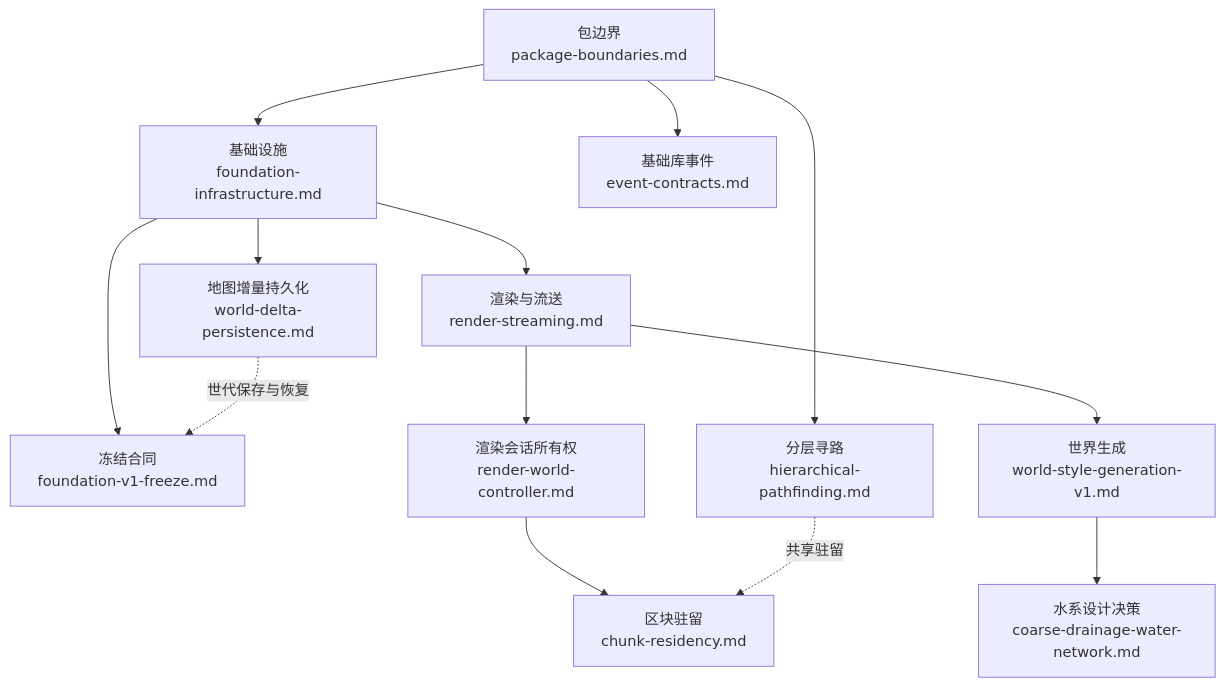
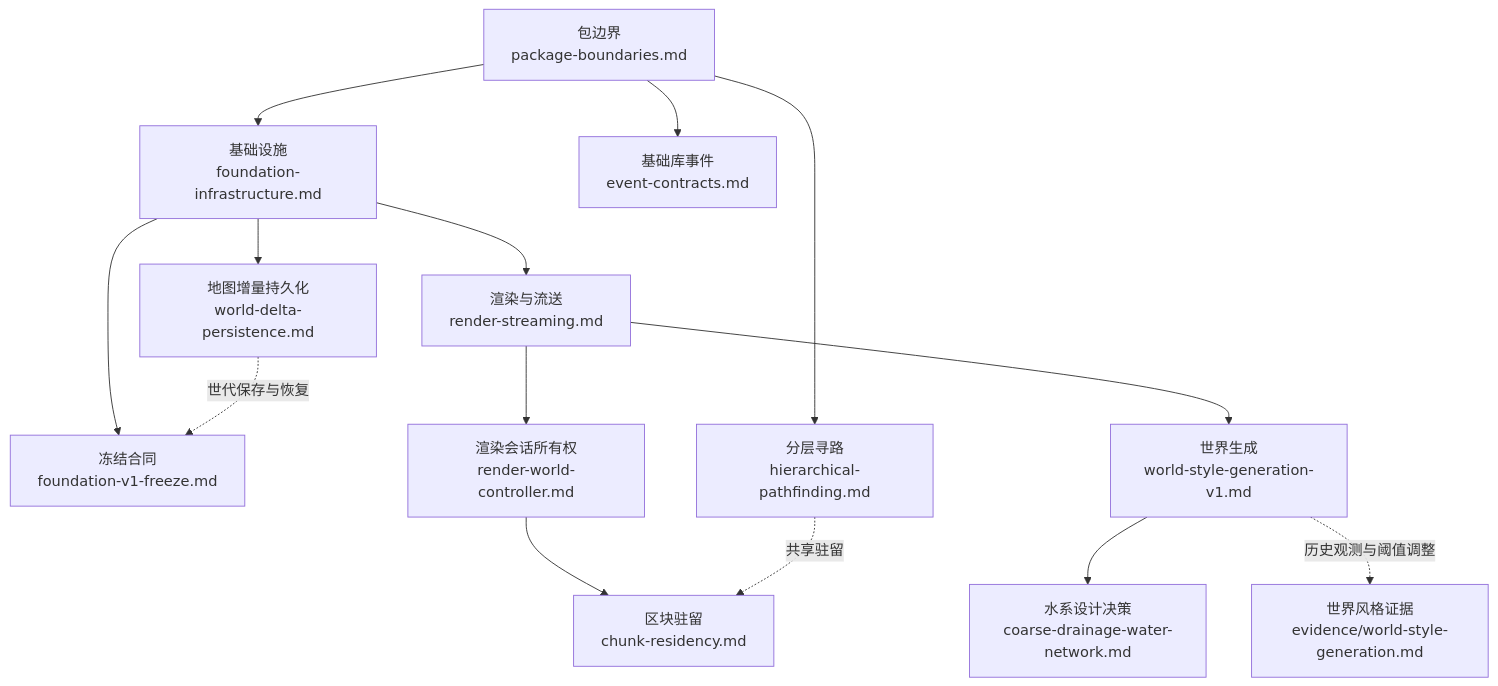
Before and after one commit to lanyik/lanyik: the third of 3 diagrams in docs/README.md, drawn with Mermaid. The commit also changed other lines of this file and 12 other files, not shown here.

Commit message:
docs: consolidate design ownership and separate world-style evidence

````diff
--- a/docs/README.md
+++ b/docs/README.md
@@ -166,15 +170,16 @@
 ```mermaid
 flowchart TB
     pkg["包边界<br/>package-boundaries.md"] --> infra["基础设施<br/>foundation-infrastructure.md"]
     infra --> freeze["冻结合同<br/>foundation-v1-freeze.md"]
     infra --> stream["渲染与流送<br/>render-streaming.md"]
     stream --> owner["渲染会话所有权<br/>render-world-controller.md"]
     owner --> resident["区块驻留<br/>chunk-residency.md"]
     stream --> world["世界生成<br/>world-style-generation-v1.md"]
     world --> water["水系设计决策<br/>coarse-drainage-water-network.md"]
+    world -. 历史观测与阈值调整 .-> measurements["世界风格证据<br/>evidence/world-style-generation.md"]
     infra --> delta["地图增量持久化<br/>world-delta-persistence.md"]
     pkg --> events["基础库事件<br/>event-contracts.md"]
     pkg --> path["分层寻路<br/>hierarchical-pathfinding.md"]
     path -. 共享驻留 .-> resident
     delta -. 世代保存与恢复 .-> freeze
 ```
````
